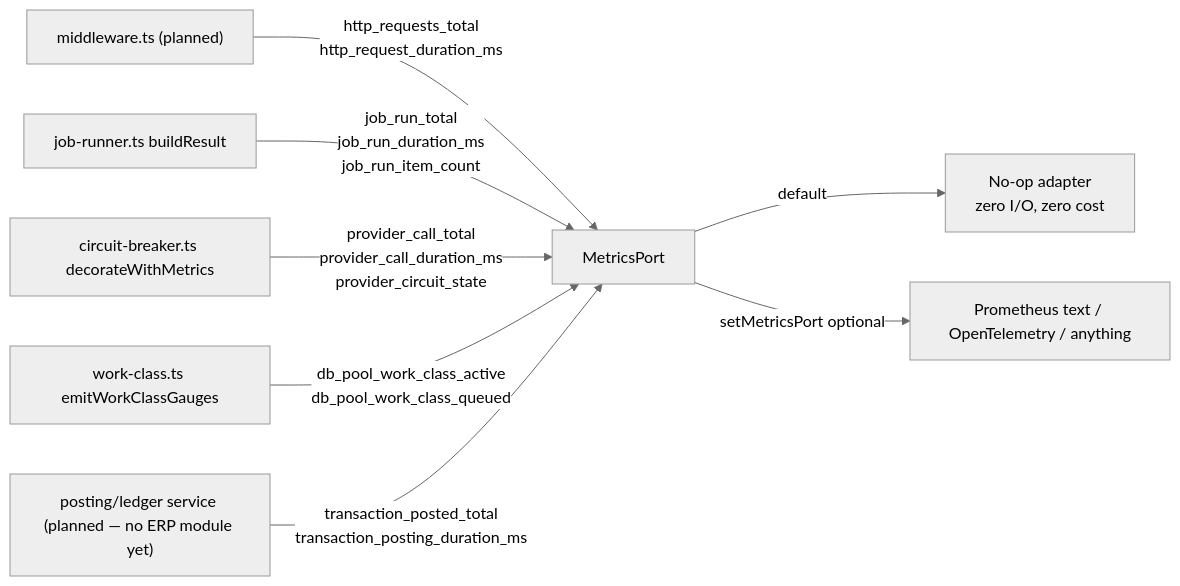
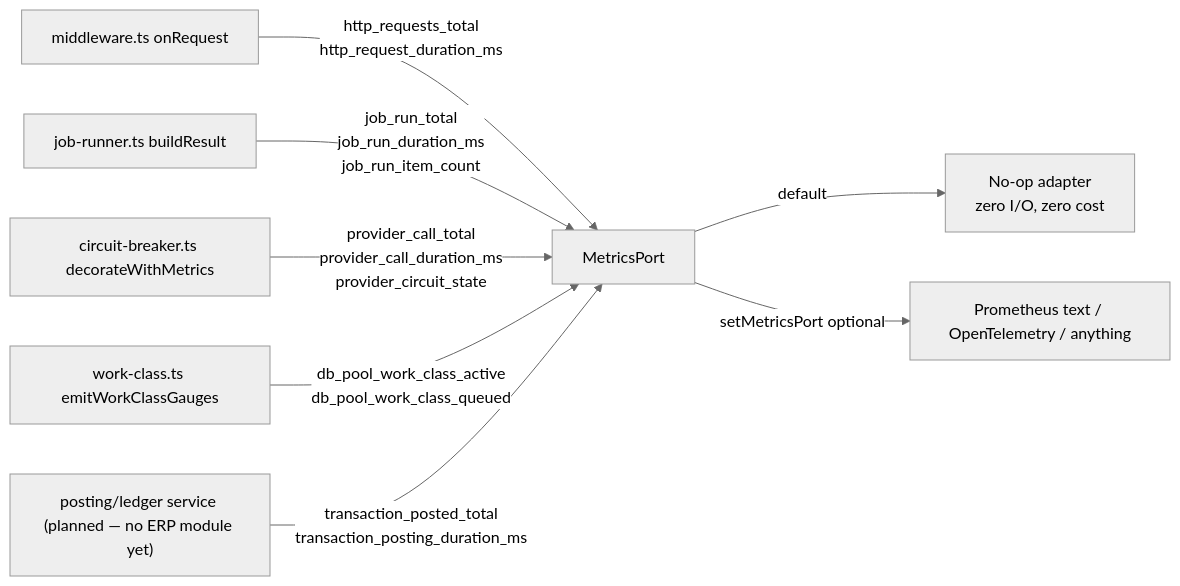
The diagram in docs/awcms/observability-metrics.md (ahliweb/awcms), drawn with Mermaid (neutral theme) before and after one commit. The commit also changed other lines of this file and 6 other files, not shown here.

Commit message:
feat(observability): record the HTTP count and p95 latency metrics (#1287)

````diff
--- a/docs/awcms/observability-metrics.md
+++ b/docs/awcms/observability-metrics.md
@@ -13,10 +13,10 @@
 ```mermaid
 flowchart LR
-  MW["middleware.ts (planned)"] -->|http_requests_total<br/>http_request_duration_ms| Port[MetricsPort]
+  MW["middleware.ts onRequest"] -->|http_requests_total<br/>http_request_duration_ms| Port[MetricsPort]
   JR[job-runner.ts buildResult] -->|job_run_total<br/>job_run_duration_ms<br/>job_run_item_count| Port
   CB[circuit-breaker.ts decorateWithMetrics] -->|provider_call_total<br/>provider_call_duration_ms<br/>provider_circuit_state| Port
   WC[work-class.ts emitWorkClassGauges] -->|db_pool_work_class_active<br/>db_pool_work_class_queued| Port
   TX["posting/ledger service (planned — no ERP module yet)"] -->|transaction_posted_total<br/>transaction_posting_duration_ms| Port
   Port -->|default| Noop[No-op adapter<br/>zero I/O, zero cost]
   Port -->|setMetricsPort optional| Real[Prometheus text / OpenTelemetry / anything]
 ```
````
